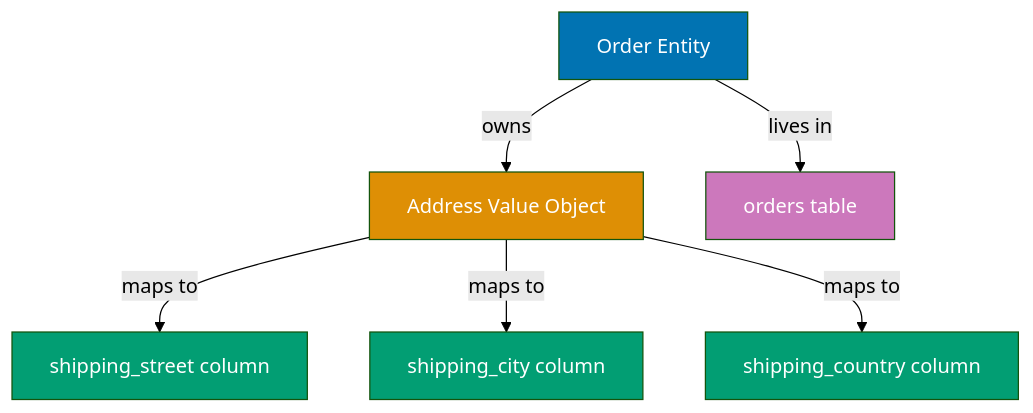
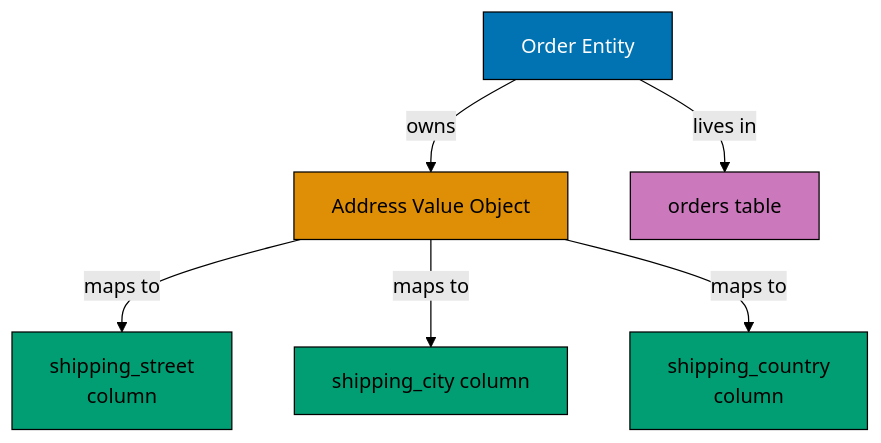
Before and after one commit to wahidyankf/ose-public: the third of 5 diagrams in apps/ayokoding-www/content/en/learn/legacy/software-engineering/data/tools/csharp-ef-core/by-example/intermediate.md, drawn with Mermaid (forest theme). The commit also changed other lines of this file and 131 other files, not shown here.

First line of the commit message:
fix(mermaid): bring the legacy data, infrastructure, and testing diagrams onto the accessible palette

````diff
--- a/apps/ayokoding-www/content/en/learn/legacy/software-engineering/data/tools/csharp-ef-core/by-example/intermediate.md
+++ b/apps/ayokoding-www/content/en/learn/legacy/software-engineering/data/tools/csharp-ef-core/by-example/intermediate.md
@@ -461,16 +476,23 @@
 ```mermaid
 %% Color Palette: Blue #0173B2, Orange #DE8F05, Teal #029E73, Purple #CC78BC, Brown #CA9161
 graph TD
+    accTitle: Example 38: Owned Types
+    accDescr: Graph with 6 nodes and 5 connections. Nodes: Order Entity, Address Value Object, shipping_street column, shipping_city column, shipping_country column, orders table. Connections: Order Entity to Address Value Object (owns), Address Value Object to shipping_street column (maps to), Address Value Object to shipping_city column (maps to), Address Value Object to shipping_country column (maps to), Order Entity to orders table (lives in).
     A[Order Entity] -->|owns| B[Address Value Object]
-    B -->|maps to| C[shipping_street column]
+    B -->|maps to| C[shipping_street<br/>column]
     B -->|maps to| D[shipping_city column]
-    B -->|maps to| E[shipping_country column]
+    B -->|maps to| E[shipping_country<br/>column]
     A -->|lives in| F[orders table]
 
-    style A fill:#0173B2,color:#fff
-    style B fill:#DE8F05,color:#fff
-    style C fill:#029E73,color:#fff
-    style D fill:#029E73,color:#fff
-    style E fill:#029E73,color:#fff
-    style F fill:#CC78BC,color:#fff
+    classDef pal-0173B2 fill:#0173B2,stroke:#000000,color:#FFFFFF
+    class A pal-0173B2
+    classDef pal-DE8F05 fill:#DE8F05,stroke:#000000,color:#000000
+    class B pal-DE8F05
+    classDef pal-029E73 fill:#029E73,stroke:#000000,color:#000000
+    class C pal-029E73
+    class D pal-029E73
+    class E pal-029E73
+    classDef pal-CC78BC fill:#CC78BC,stroke:#000000,color:#000000
+    class F pal-CC78BC
+    classDef default fill:#FFFFFF,stroke:#000000,color:#000000
 ```
````
